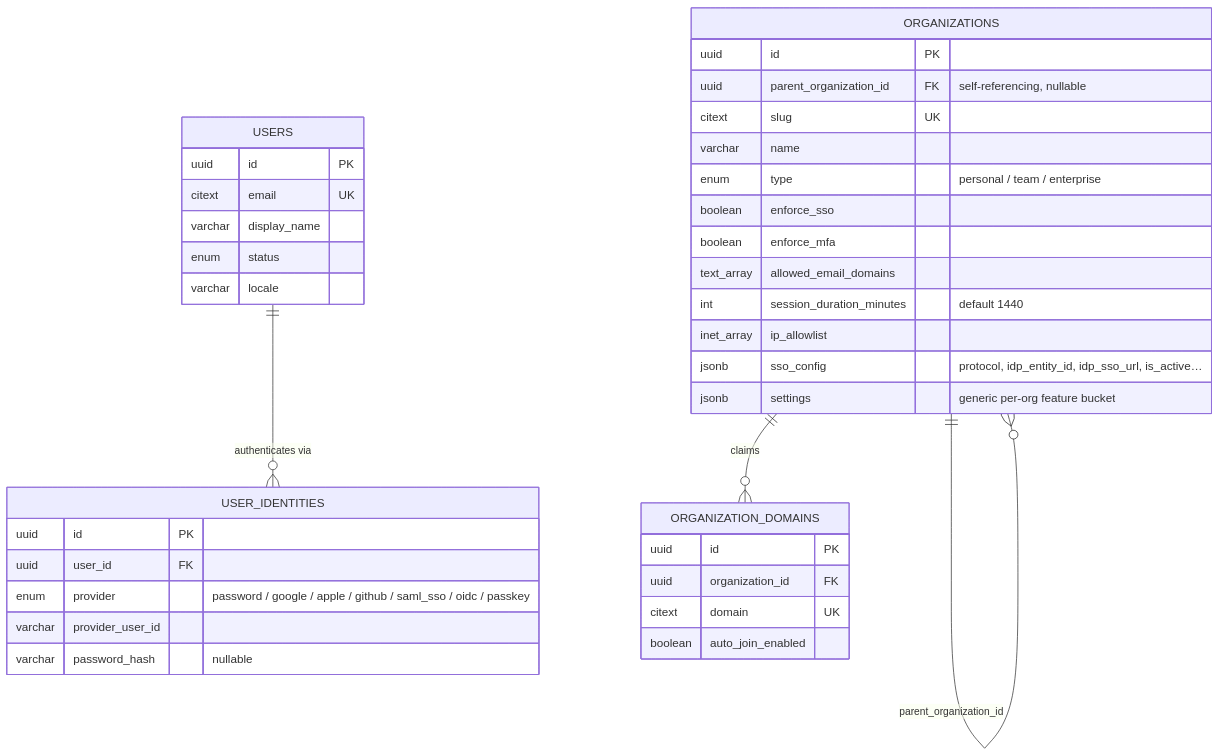
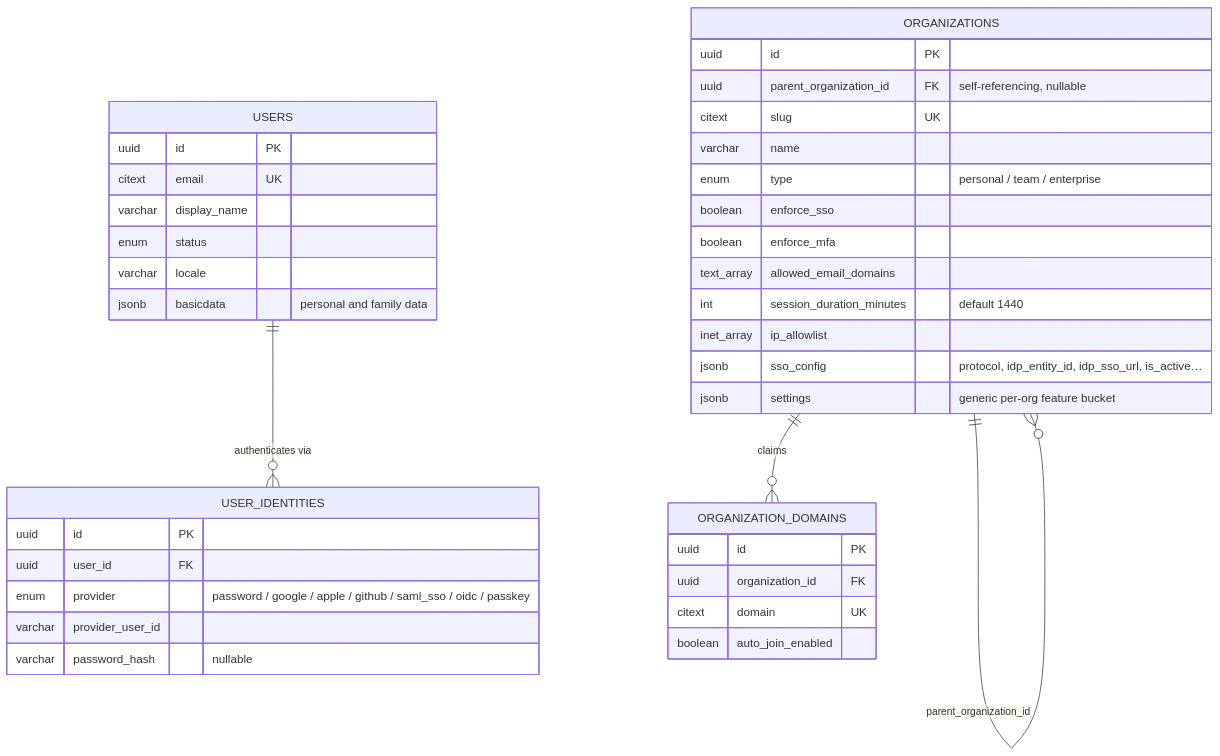
One commit to fporoli/worktime3 changed the first of 13 diagrams in docs/DATABASE_SCHEMA.md. Above: the diagram before and after it, drawn with Mermaid. The commit also changed other lines of this file and 9 other files, not shown here.

````diff
--- a/docs/DATABASE_SCHEMA.md
+++ b/docs/DATABASE_SCHEMA.md
@@ -21,41 +22,42 @@
 ```mermaid
 erDiagram
     USERS ||--o{ USER_IDENTITIES : "authenticates via"
     ORGANIZATIONS ||--o{ ORGANIZATION_DOMAINS : "claims"
     ORGANIZATIONS ||--o{ ORGANIZATIONS : "parent_organization_id"
 
     USERS {
         uuid id PK
         citext email UK
         varchar display_name
         enum status
         varchar locale
+        jsonb basicdata "personal and family data"
     }
     USER_IDENTITIES {
         uuid id PK
         uuid user_id FK
         enum provider "password / google / apple / github / saml_sso / oidc / passkey"
         varchar provider_user_id
         varchar password_hash "nullable"
     }
     ORGANIZATIONS {
         uuid id PK
         uuid parent_organization_id FK "self-referencing, nullable"
         citext slug UK
         varchar name
         enum type "personal / team / enterprise"
         boolean enforce_sso
         boolean enforce_mfa
         text_array allowed_email_domains
         int session_duration_minutes "default 1440"
         inet_array ip_allowlist
         jsonb sso_config "protocol, idp_entity_id, idp_sso_url, is_active…"
         jsonb settings "generic per-org feature bucket"
     }
     ORGANIZATION_DOMAINS {
         uuid id PK
         uuid organization_id FK
         citext domain UK
         boolean auto_join_enabled
     }
 ```
````
